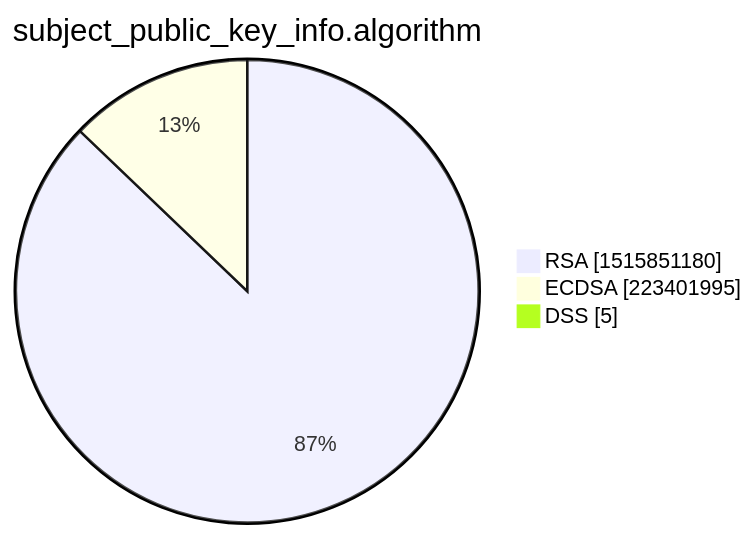
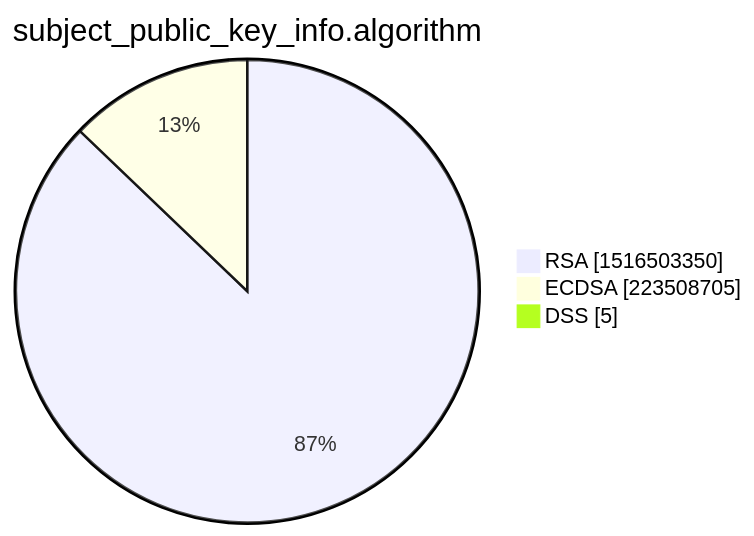
Before and after one commit to christiankrug/ctmonitor_visualization: the third of 15 diagrams in xenon2022/README.md, drawn with Mermaid. The commit also changed other lines of this file, not shown here.

````diff
--- a/xenon2022/README.md
+++ b/xenon2022/README.md
@@ -14,7 +14,7 @@
 ```mermaid
 pie showData
 title subject_public_key_info.algorithm
-"RSA" :1515851180
-"ECDSA" :223401995
+"RSA" :1516503350
+"ECDSA" :223508705
 "DSS" :5
 ```
````
